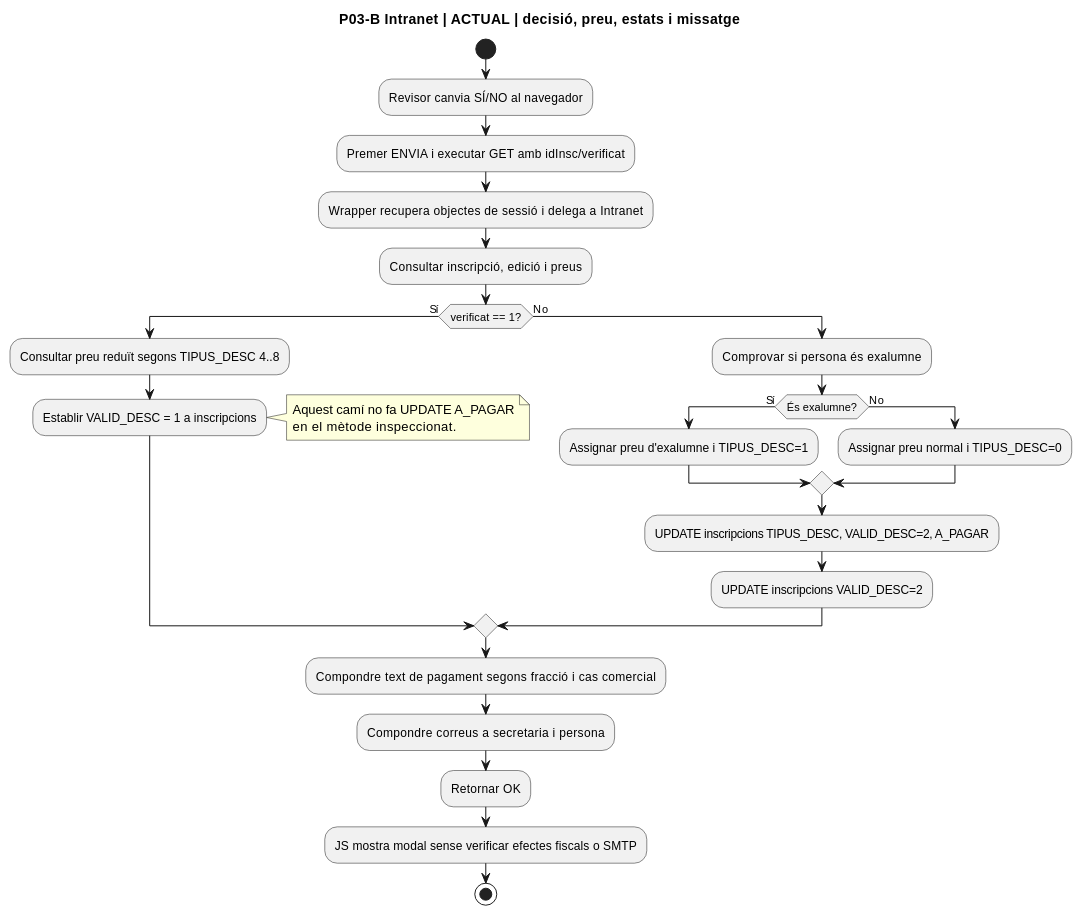
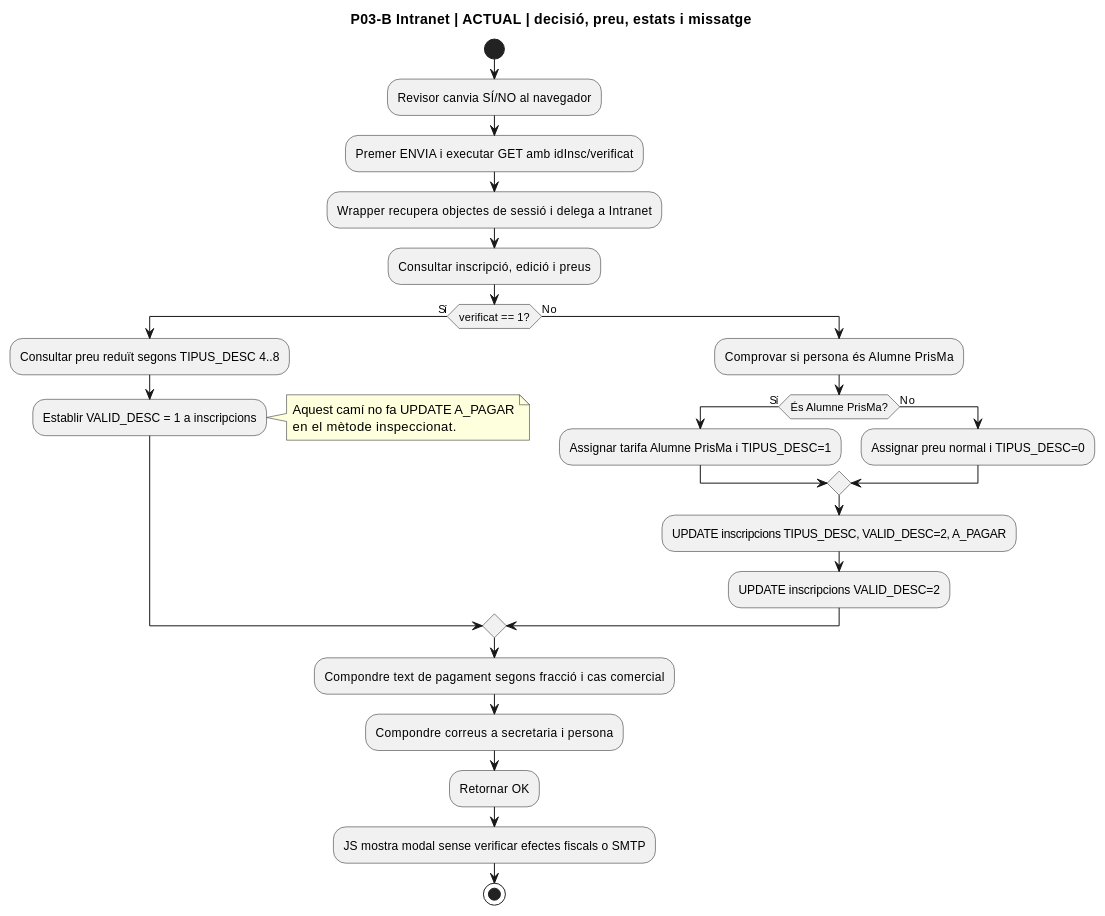
The ninth of 10 diagrams in documentacio/07-uml-integrat/uc-116-activitats-pagines-justificants-actual-final.md (orgmeriemprismacat-del/verifactu), drawn with PlantUML before and after one commit. The commit also changed other lines of this file, not shown here.

````diff
--- a/documentacio/07-uml-integrat/uc-116-activitats-pagines-justificants-actual-final.md
+++ b/documentacio/07-uml-integrat/uc-116-activitats-pagines-justificants-actual-final.md
@@ -259,32 +259,32 @@
 ```plantuml
 @startuml
 title P03-B Intranet | ACTUAL | decisió, preu, estats i missatge
 start
 :Revisor canvia SÍ/NO al navegador;
 :Premer ENVIA i executar GET amb idInsc/verificat;
 :Wrapper recupera objectes de sessió i delega a Intranet;
 :Consultar inscripció, edició i preus;
 if (verificat == 1?) then (Sí)
  :Consultar preu reduït segons TIPUS_DESC 4..8;
  :Establir VALID_DESC = 1 a inscripcions;
  note right
   Aquest camí no fa UPDATE A_PAGAR
   en el mètode inspeccionat.
  end note
 else (No)
- :Comprovar si persona és exalumne;
- if (És exalumne?) then (Sí)
-  :Assignar preu d'exalumne i TIPUS_DESC=1;
+ :Comprovar si persona és Alumne PrisMa;
+ if (És Alumne PrisMa?) then (Sí)
+  :Assignar tarifa Alumne PrisMa i TIPUS_DESC=1;
  else (No)
   :Assignar preu normal i TIPUS_DESC=0;
  endif
  :UPDATE inscripcions TIPUS_DESC, VALID_DESC=2, A_PAGAR;
  :UPDATE inscripcions VALID_DESC=2;
 endif
 :Compondre text de pagament segons fracció i cas comercial;
 :Compondre correus a secretaria i persona;
 :Retornar OK;
 :JS mostra modal sense verificar efectes fiscals o SMTP;
 stop
 @enduml
 ```
````
